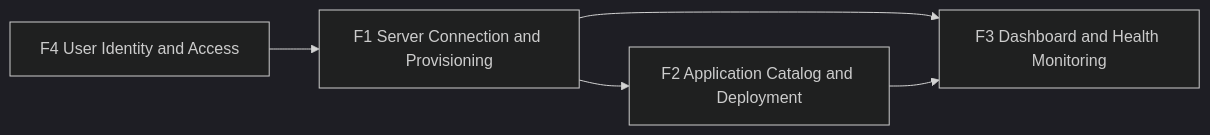
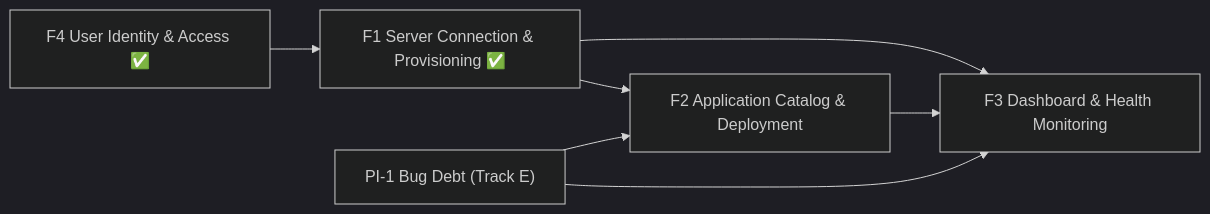
One commit to sjefsharp/unplughq changed the second of 3 diagrams in docs/dependency-map.md. Above: the diagram before and after it, drawn with Mermaid (dark theme). The commit also changed other lines of this file, not shown here.

````diff
--- a/docs/dependency-map.md
+++ b/docs/dependency-map.md
@@ -108,7 +130,9 @@
 ```mermaid
 flowchart LR
-    F4["F4 User Identity and Access"] --> F1["F1 Server Connection and Provisioning"]
-    F1 --> F2["F2 Application Catalog and Deployment"]
-    F1 --> F3["F3 Dashboard and Health Monitoring"]
+    F4["F4 User Identity & Access ✅"] --> F1["F1 Server Connection & Provisioning ✅"]
+    F1 --> F2["F2 Application Catalog & Deployment"]
+    F1 --> F3["F3 Dashboard & Health Monitoring"]
     F2 --> F3
+    BugDebt["PI-1 Bug Debt (Track E)"] --> F2
+    BugDebt --> F3
 ```
````
